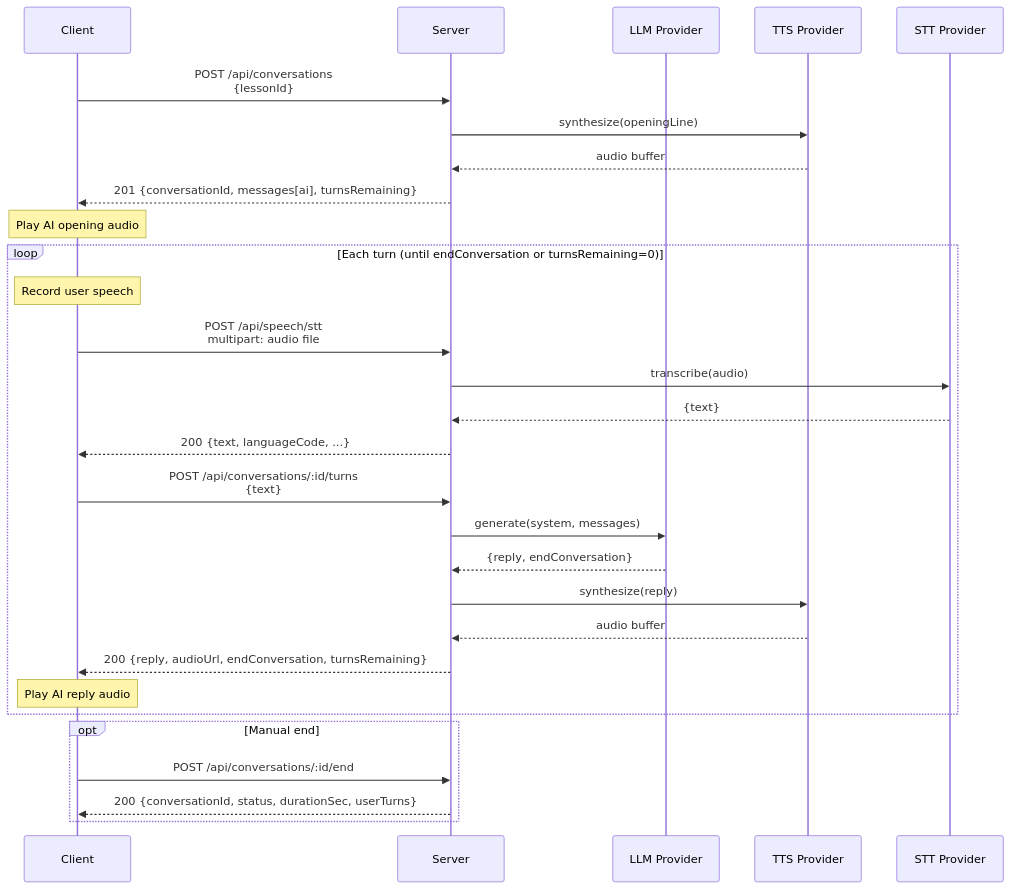
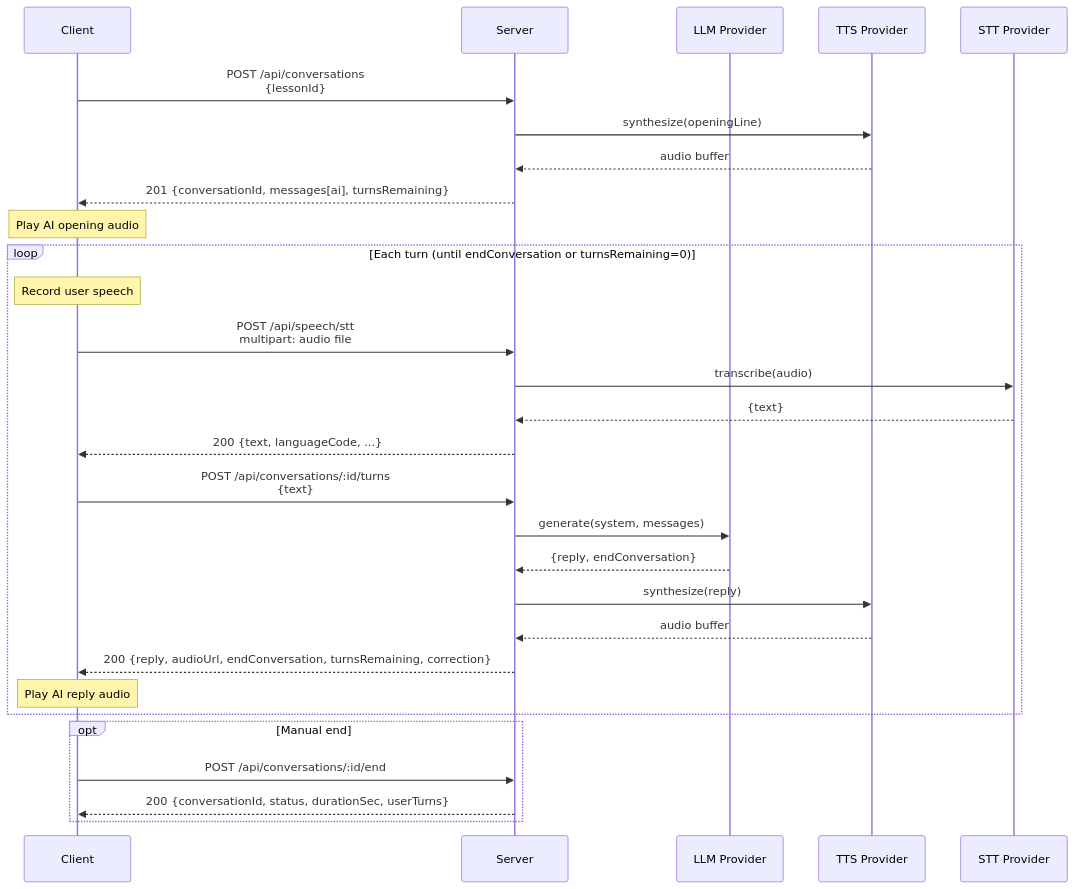
The third of 3 diagrams in docs/API_REFERENCE.md (adnanshakir/zubaan), drawn with Mermaid before and after one commit. The commit also changed other lines of this file and 9 other files, not shown here.

````diff
--- a/docs/API_REFERENCE.md
+++ b/docs/API_REFERENCE.md
@@ -1411,35 +1419,35 @@
 ```mermaid
 sequenceDiagram
     participant C as Client
     participant S as Server
     participant LLM as LLM Provider
     participant TTS as TTS Provider
     participant STT as STT Provider
 
     C->>S: POST /api/conversations<br/>{lessonId}
     S->>TTS: synthesize(openingLine)
     TTS-->>S: audio buffer
     S-->>C: 201 {conversationId, messages[ai], turnsRemaining}
     Note over C: Play AI opening audio
 
     loop Each turn (until endConversation or turnsRemaining=0)
         Note over C: Record user speech
         C->>S: POST /api/speech/stt<br/>multipart: audio file
         S->>STT: transcribe(audio)
         STT-->>S: {text}
         S-->>C: 200 {text, languageCode, ...}
 
         C->>S: POST /api/conversations/:id/turns<br/>{text}
         S->>LLM: generate(system, messages)
         LLM-->>S: {reply, endConversation}
         S->>TTS: synthesize(reply)
         TTS-->>S: audio buffer
-        S-->>C: 200 {reply, audioUrl, endConversation, turnsRemaining}
+        S-->>C: 200 {reply, audioUrl, endConversation, turnsRemaining, correction}
         Note over C: Play AI reply audio
     end
 
     opt Manual end
         C->>S: POST /api/conversations/:id/end
         S-->>C: 200 {conversationId, status, durationSec, userTurns}
     end
 ```
````
